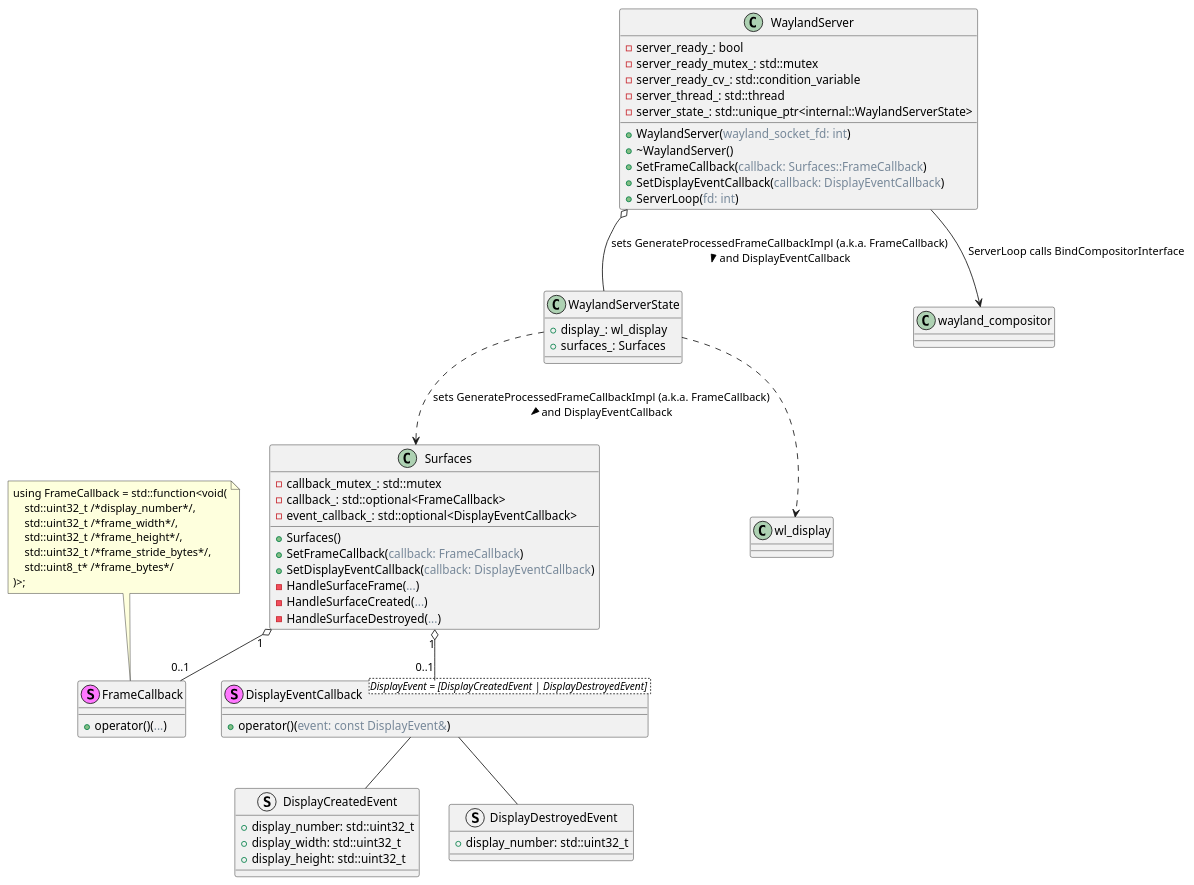
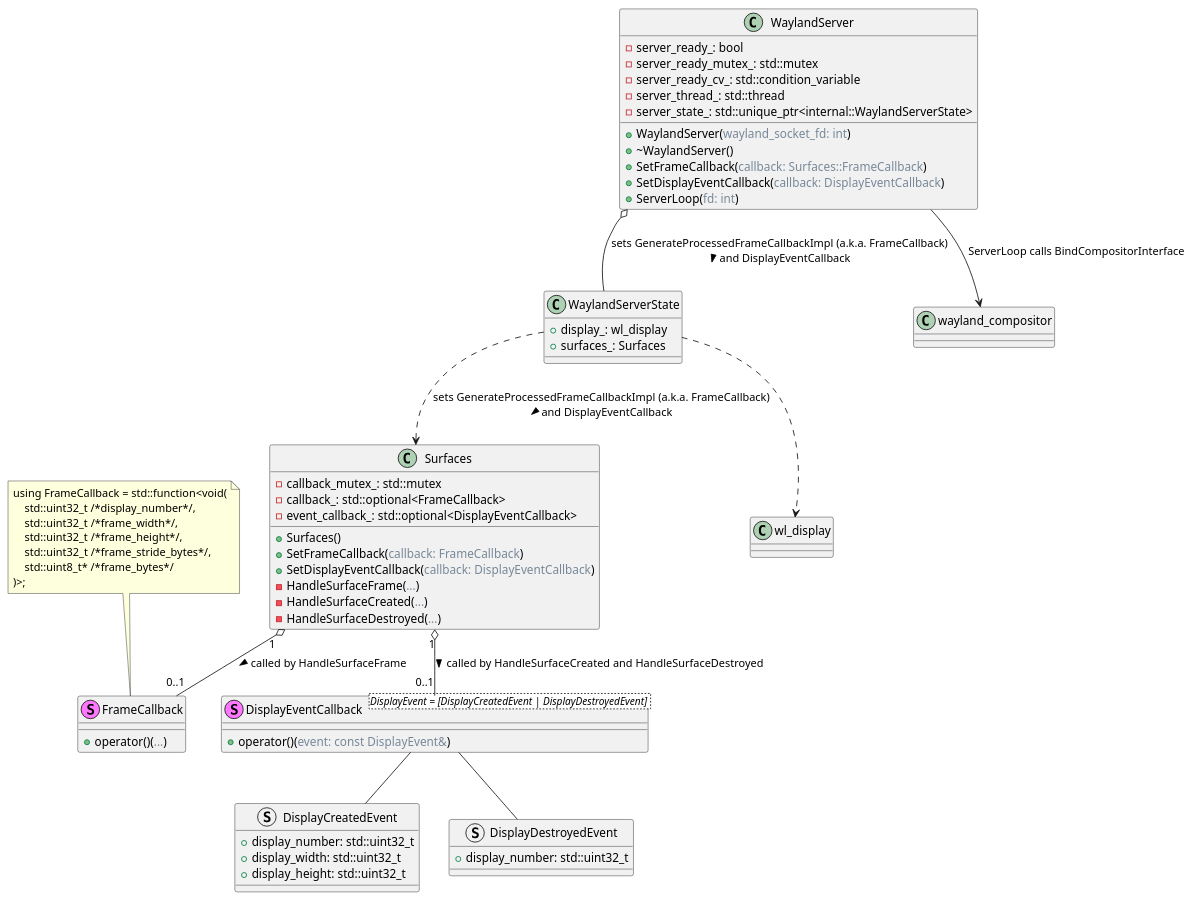
One commit to dmitvitalii/cf_diagrams changed the diagram in wayland_server_diagram.puml. Above: the diagram before and after it, drawn with PlantUML. The commit also changed 1 other file, not shown here.

Commit message:
Show how HandleSurface* functions call callbacks

```diff
--- a/wayland_server_diagram.puml
+++ b/wayland_server_diagram.puml
@@ -1,69 +1,68 @@
 @startuml
 
 class Surfaces {
   + Surfaces()
   + SetFrameCallback(<color:LightSlateGray>callback: FrameCallback</color>)
   + SetDisplayEventCallback(<color:LightSlateGray>callback: DisplayEventCallback</color>)
 
   - callback_mutex_: std::mutex
   - callback_: std::optional<FrameCallback>
   - event_callback_: std::optional<DisplayEventCallback>
 
   - HandleSurfaceFrame(<color:LightSlateGray>...</color>)
   - HandleSurfaceCreated(<color:LightSlateGray>...</color>)
   - HandleSurfaceDestroyed(<color:LightSlateGray>...</color>)
 }
 
 class WaylandServer {
   -server_ready_: bool
   -server_ready_mutex_: std::mutex
   -server_ready_cv_: std::condition_variable
   -server_thread_: std::thread
   -server_state_: std::unique_ptr<internal::WaylandServerState>
   +WaylandServer(<color:LightSlateGray>wayland_socket_fd: int</color>)
   +~WaylandServer()
   +SetFrameCallback(<color:LightSlateGray>callback: Surfaces::FrameCallback</color>)
   +SetDisplayEventCallback(<color:LightSlateGray>callback: DisplayEventCallback</color>)
   +ServerLoop(<color:LightSlateGray>fd: int</color>)
 }
 
 stereotype FrameCallback {
   +operator()(<color:LightSlateGray>...</color>)
 }
 note top of FrameCallback: using FrameCallback = std::function<void(\n    std::uint32_t /*display_number*/,\n    std::uint32_t /*frame_width*/,\n    std::uint32_t /*frame_height*/,\n    std::uint32_t /*frame_stride_bytes*/,\n    std::uint8_t* /*frame_bytes*/\n)>;
 
 
 struct DisplayCreatedEvent {
   +display_number: std::uint32_t
   +display_width: std::uint32_t
   +display_height: std::uint32_t
 }
 
 struct DisplayDestroyedEvent {
   +display_number: std::uint32_t
 }
 
 stereotype DisplayEventCallback<DisplayEvent = [DisplayCreatedEvent | DisplayDestroyedEvent] > {
   +operator()(<color:LightSlateGray>event: const DisplayEvent&</color>)
 }
  
 
 class WaylandServerState {
   +display_: wl_display
   +surfaces_: Surfaces
 }
 
 WaylandServer o-- WaylandServerState : sets GenerateProcessedFrameCallbackImpl (a.k.a. FrameCallback)\nand DisplayEventCallback >
 WaylandServer --> wayland_compositor : ServerLoop calls BindCompositorInterface
 
 WaylandServerState ..> Surfaces : sets GenerateProcessedFrameCallbackImpl (a.k.a. FrameCallback)\nand DisplayEventCallback >
 WaylandServerState ..> wl_display
 
-Surfaces "1" o-- "0..1" FrameCallback
-Surfaces "1" o-- "0..1" DisplayEventCallback
-
+Surfaces "1" o-- "0..1" FrameCallback : called by HandleSurfaceFrame >
+Surfaces "1" o-- "0..1" DisplayEventCallback : called by HandleSurfaceCreated and HandleSurfaceDestroyed >
 
 DisplayEventCallback -- DisplayCreatedEvent 
 DisplayEventCallback -- DisplayDestroyedEvent
 
 @enduml
```
